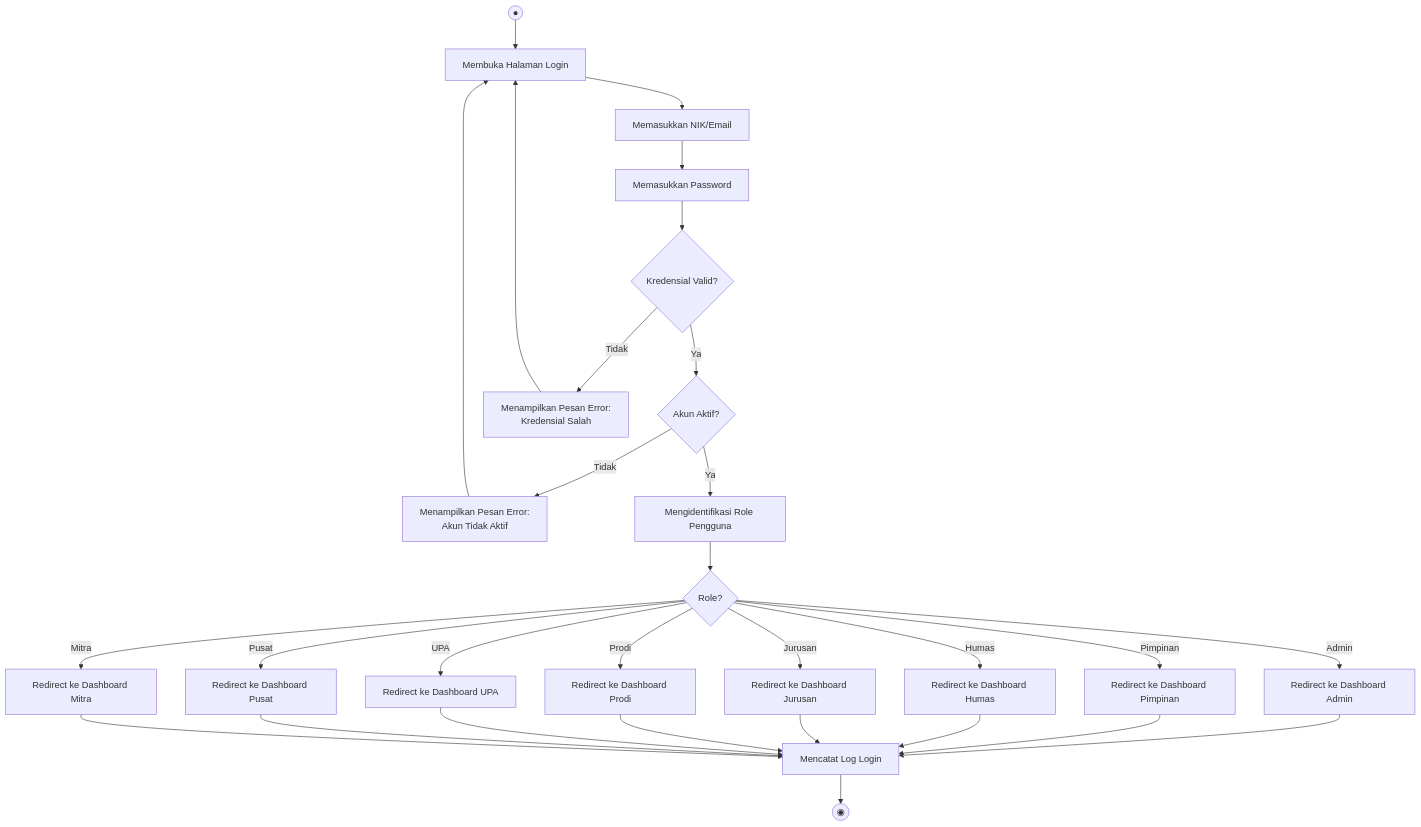
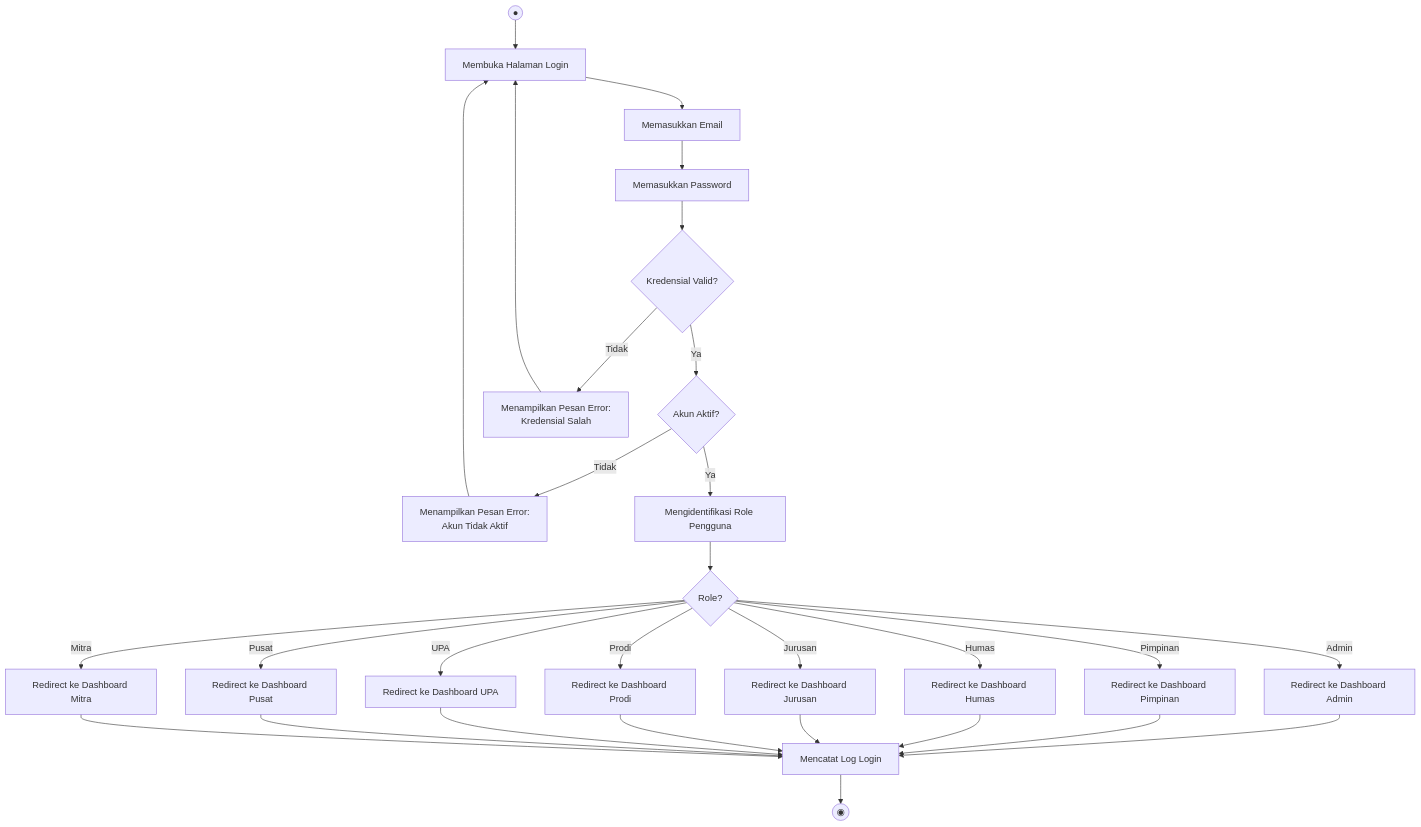
Before and after one commit to billiampalad/wd4: the first of 41 diagrams in pengembangan-sistem/analysis-flowchart.md, drawn with Mermaid. The commit also changed other lines of this file, not shown here.

Commit message:
update flowchart

````diff
--- a/pengembangan-sistem/analysis-flowchart.md
+++ b/pengembangan-sistem/analysis-flowchart.md
@@ -57,52 +57,52 @@
 ```mermaid
 flowchart TD
     Start(("●"))
     A["Membuka Halaman Login"]
-    B["Memasukkan NIK/Email"]
+    B["Memasukkan Email"]
     C["Memasukkan Password"]
     D{"Kredensial Valid?"}
     E{"Akun Aktif?"}
     F["Menampilkan Pesan Error:\nKredensial Salah"]
     G["Menampilkan Pesan Error:\nAkun Tidak Aktif"]
     H["Mengidentifikasi Role Pengguna"]
     I{"Role?"}
     J1["Redirect ke Dashboard Admin"]
     J2["Redirect ke Dashboard Pimpinan"]
     J3["Redirect ke Dashboard Humas"]
     J4["Redirect ke Dashboard Jurusan"]
     J5["Redirect ke Dashboard Prodi"]
     J6["Redirect ke Dashboard UPA"]
     J7["Redirect ke Dashboard Pusat"]
     J8["Redirect ke Dashboard Mitra"]
     K["Mencatat Log Login"]
     End(("◉"))
 
     Start --> A
     A --> B
     B --> C
     C --> D
     D -- Tidak --> F
     F --> A
     D -- Ya --> E
     E -- Tidak --> G
     G --> A
     E -- Ya --> H
     H --> I
     I -- Admin --> J1
     I -- Pimpinan --> J2
     I -- Humas --> J3
     I -- Jurusan --> J4
     I -- Prodi --> J5
     I -- UPA --> J6
     I -- Pusat --> J7
     I -- Mitra --> J8
     J1 --> K
     J2 --> K
     J3 --> K
     J4 --> K
     J5 --> K
     J6 --> K
     J7 --> K
     J8 --> K
     K --> End
 ```
````
